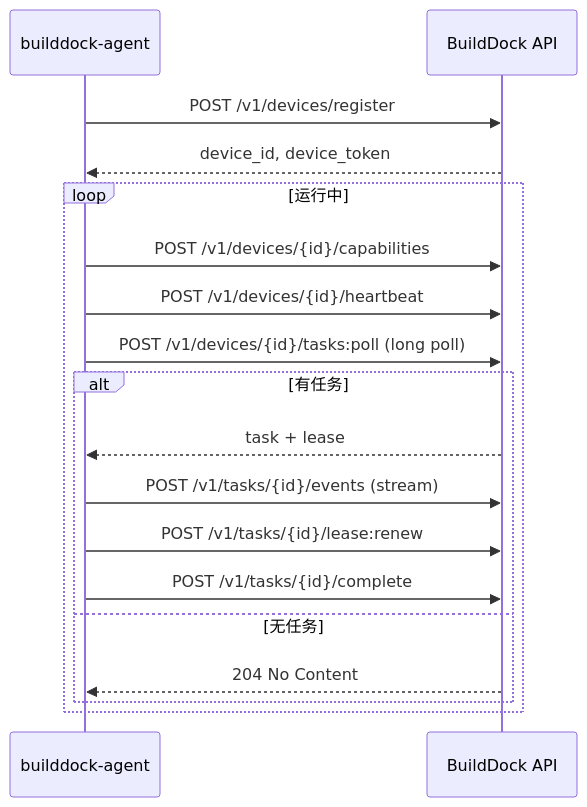
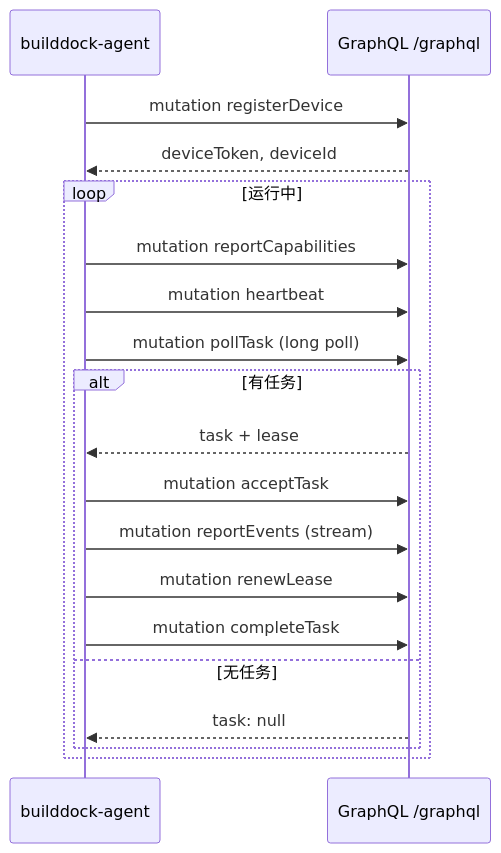
Before and after one commit to zhangfenglin/BuildDock: the diagram in docs/product/agent-protocol.md, drawn with Mermaid. The commit also changed other lines of this file and 8 other files, not shown here.

First line of the commit message:
docs: migrate API design from REST to GraphQL

````diff
--- a/docs/product/agent-protocol.md
+++ b/docs/product/agent-protocol.md
@@ -29,22 +35,23 @@
 ```mermaid
 sequenceDiagram
     participant CLI as builddock-agent
-    participant API as BuildDock API
+    participant GQL as GraphQL /graphql
 
-    CLI->>API: POST /v1/devices/register
-    API-->>CLI: device_id, device_token
+    CLI->>GQL: mutation registerDevice
+    GQL-->>CLI: deviceToken, deviceId
 
     loop 运行中
-        CLI->>API: POST /v1/devices/{id}/capabilities
-        CLI->>API: POST /v1/devices/{id}/heartbeat
-        CLI->>API: POST /v1/devices/{id}/tasks:poll (long poll)
+        CLI->>GQL: mutation reportCapabilities
+        CLI->>GQL: mutation heartbeat
+        CLI->>GQL: mutation pollTask (long poll)
         alt 有任务
-            API-->>CLI: task + lease
-            CLI->>API: POST /v1/tasks/{id}/events (stream)
-            CLI->>API: POST /v1/tasks/{id}/lease:renew
-            CLI->>API: POST /v1/tasks/{id}/complete
+            GQL-->>CLI: task + lease
+            CLI->>GQL: mutation acceptTask
+            CLI->>GQL: mutation reportEvents (stream)
+            CLI->>GQL: mutation renewLease
+            CLI->>GQL: mutation completeTask
         else 无任务
-            API-->>CLI: 204 No Content
+            GQL-->>CLI: task: null
         end
     end
 ```
````
